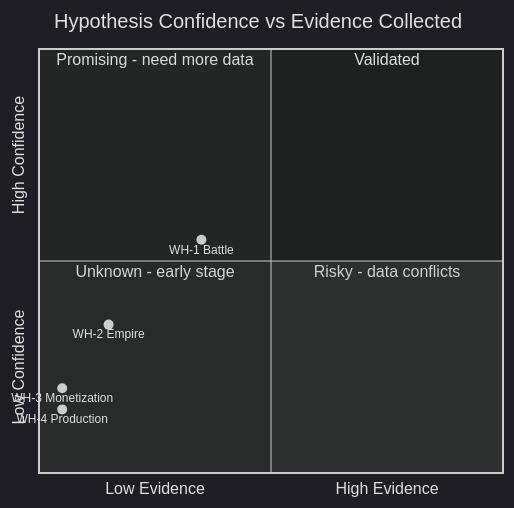
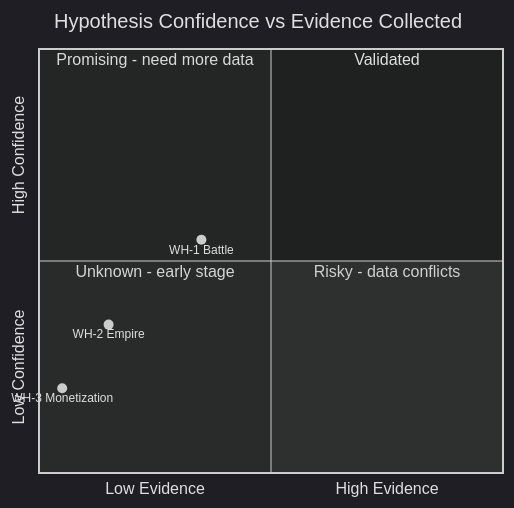
Before and after one commit to timwilliams-prod/proj-chimera-documentation-brain: the second of 2 diagrams in planning/ValidationRoadmap.md, drawn with Mermaid. The commit also changed other lines of this file and 2 other files, not shown here.

Commit message:
Updating Validation Roadmap and product_targets.md

````diff
--- a/planning/ValidationRoadmap.md
+++ b/planning/ValidationRoadmap.md
@@ -555,15 +527,14 @@
 ```mermaid
 %%{init: {'theme': 'dark'}}%%
 quadrantChart
     title Hypothesis Confidence vs Evidence Collected
     x-axis "Low Evidence" --> "High Evidence"
     y-axis "Low Confidence" --> "High Confidence"
     quadrant-1 "Validated"
     quadrant-2 "Promising - need more data"
     quadrant-3 "Unknown - early stage"
     quadrant-4 "Risky - data conflicts"
     "WH-1 Battle": [0.35, 0.55]
     "WH-2 Empire": [0.15, 0.35]
     "WH-3 Monetization": [0.05, 0.20]
-    "WH-4 Production": [0.05, 0.15]
 ```
````
